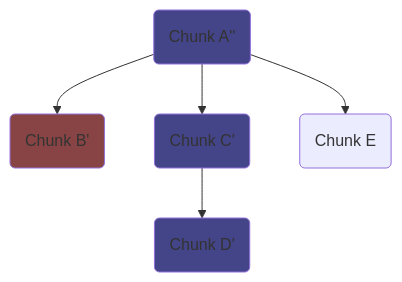
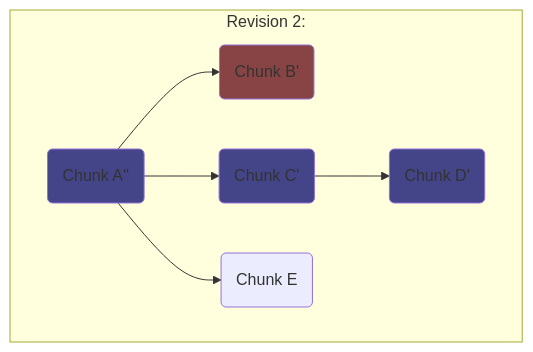
Before and after one commit to microsoft/FluidFramework: the sixth of 26 diagrams in packages/dds/tree/docs/wip/treeStorage.md, drawn with Mermaid. The commit also changed other lines of this file, not shown here.

````diff
--- a/packages/dds/tree/docs/wip/treeStorage.md
+++ b/packages/dds/tree/docs/wip/treeStorage.md
@@ -141,16 +149,18 @@
 ```mermaid
 graph TD;
-    A(Chunk A'')
-    B(Chunk B')
-    C(Chunk C')
-    D(Chunk D')
-    E(Chunk E)
-    A-->B
-    A-->C
-    A-->E
-    C-->D
-    style A fill:#448
-    style B fill:#844
-    style C fill:#448
-    style D fill:#448
+    subgraph Revision 2:
+        A(Chunk A'')
+        B(Chunk B')
+        C(Chunk C')
+        D(Chunk D')
+        E(Chunk E)
+        A-->B
+        A-->C
+        A-->E
+        C-->D
+        style A fill:#448
+        style B fill:#844
+        style C fill:#448
+        style D fill:#448
+    end
 ```
````
